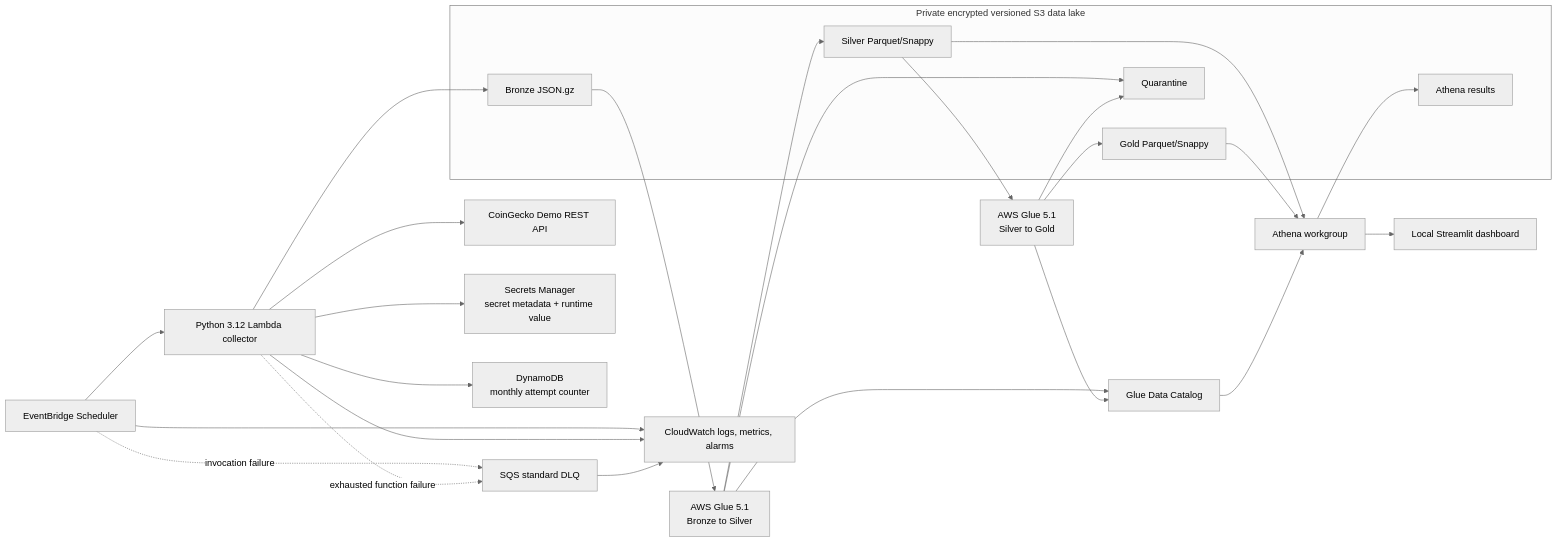
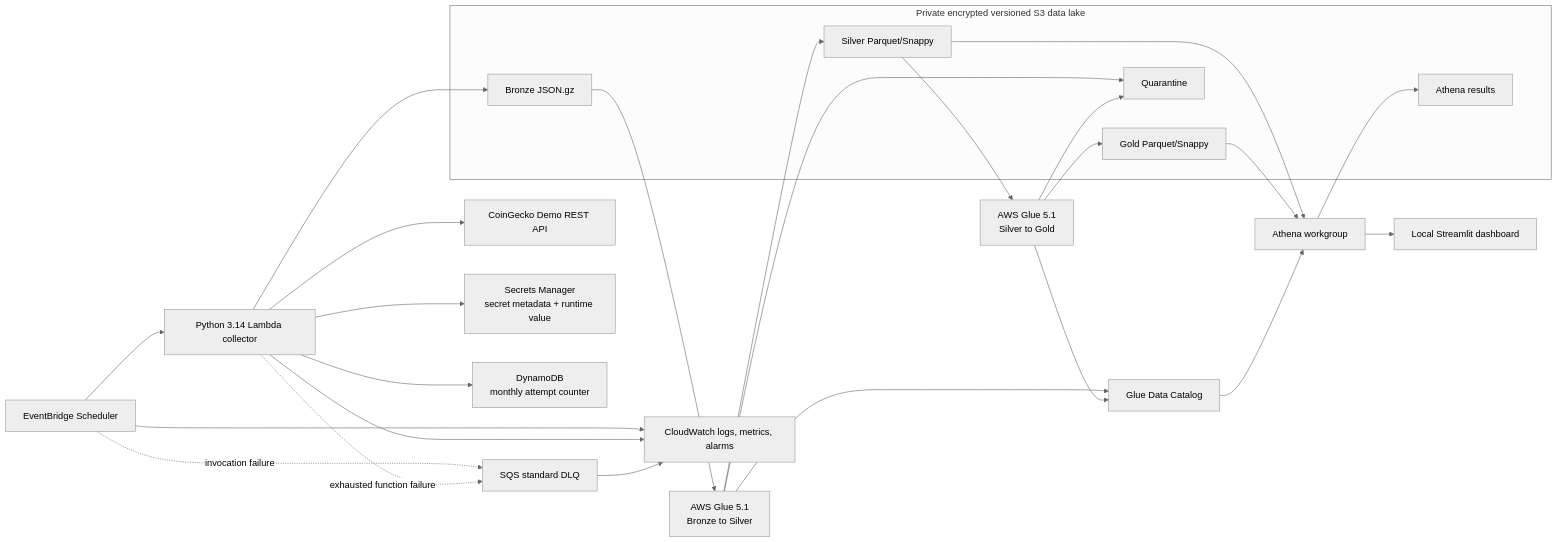
One commit to TrieuNguyenPhu/cryptopulse-aws-data-lake changed the second of 3 diagrams in docs/architecture.md. Above: the diagram before and after it, drawn with Mermaid (neutral theme). The commit also changed 14 other files, not shown here.

````diff
--- a/docs/architecture.md
+++ b/docs/architecture.md
@@ -49,49 +49,49 @@
 ```mermaid
 flowchart LR
   CG[CoinGecko Demo REST API]
   SCH[EventBridge Scheduler]
-  L[Python 3.12 Lambda collector]
+  L[Python 3.14 Lambda collector]
   SEC[Secrets Manager\nsecret metadata + runtime value]
   U[DynamoDB\nmonthly attempt counter]
   DLQ[SQS standard DLQ]
   CW[CloudWatch logs, metrics, alarms]
 
   subgraph S3[Private encrypted versioned S3 data lake]
     B[Bronze JSON.gz]
     S[Silver Parquet/Snappy]
     G[Gold Parquet/Snappy]
     Q[Quarantine]
     A[Athena results]
   end
 
   GL1[AWS Glue 5.1\nBronze to Silver]
   GL2[AWS Glue 5.1\nSilver to Gold]
   CAT[Glue Data Catalog]
   ATH[Athena workgroup]
   ST[Local Streamlit dashboard]
 
   SCH --> L
   L --> SEC
   L --> U
   L --> CG
   L --> B
   SCH -. invocation failure .-> DLQ
   L -. exhausted function failure .-> DLQ
   SCH --> CW
   L --> CW
   DLQ --> CW
 
   B --> GL1
   GL1 --> S
   GL1 --> Q
   GL1 --> CAT
   S --> GL2
   GL2 --> G
   GL2 --> Q
   GL2 --> CAT
   CAT --> ATH
   S --> ATH
   G --> ATH
   ATH --> A
   ATH --> ST
 ```
````
